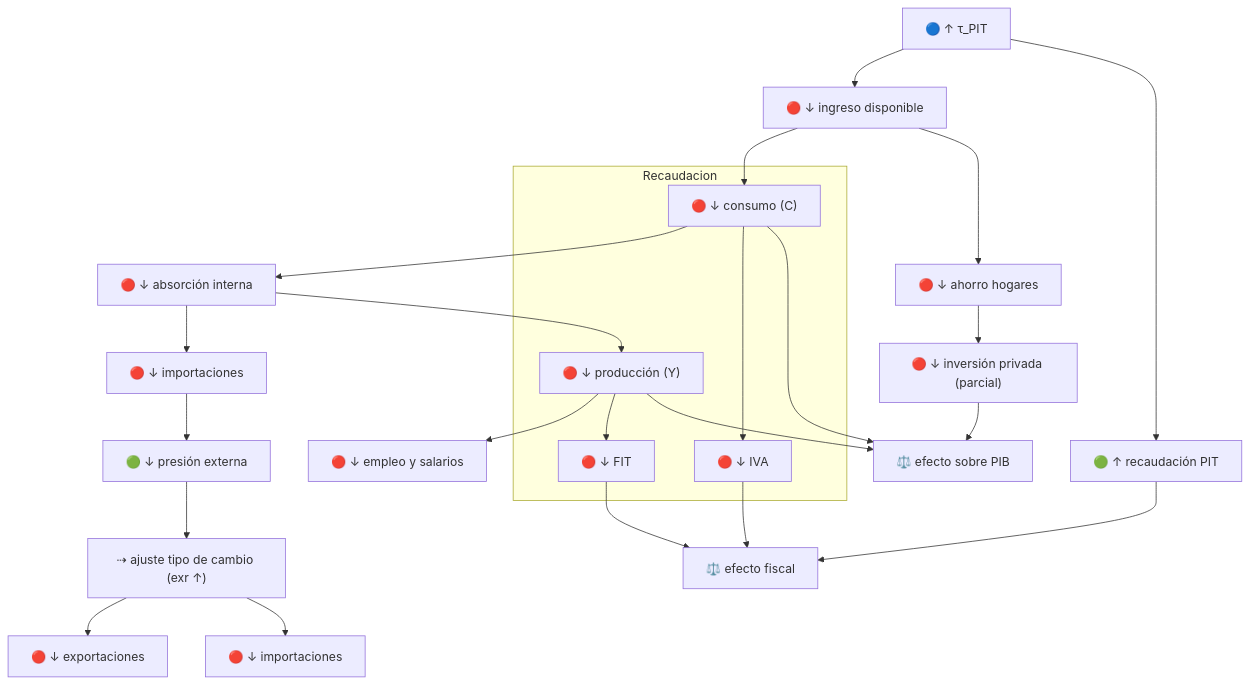
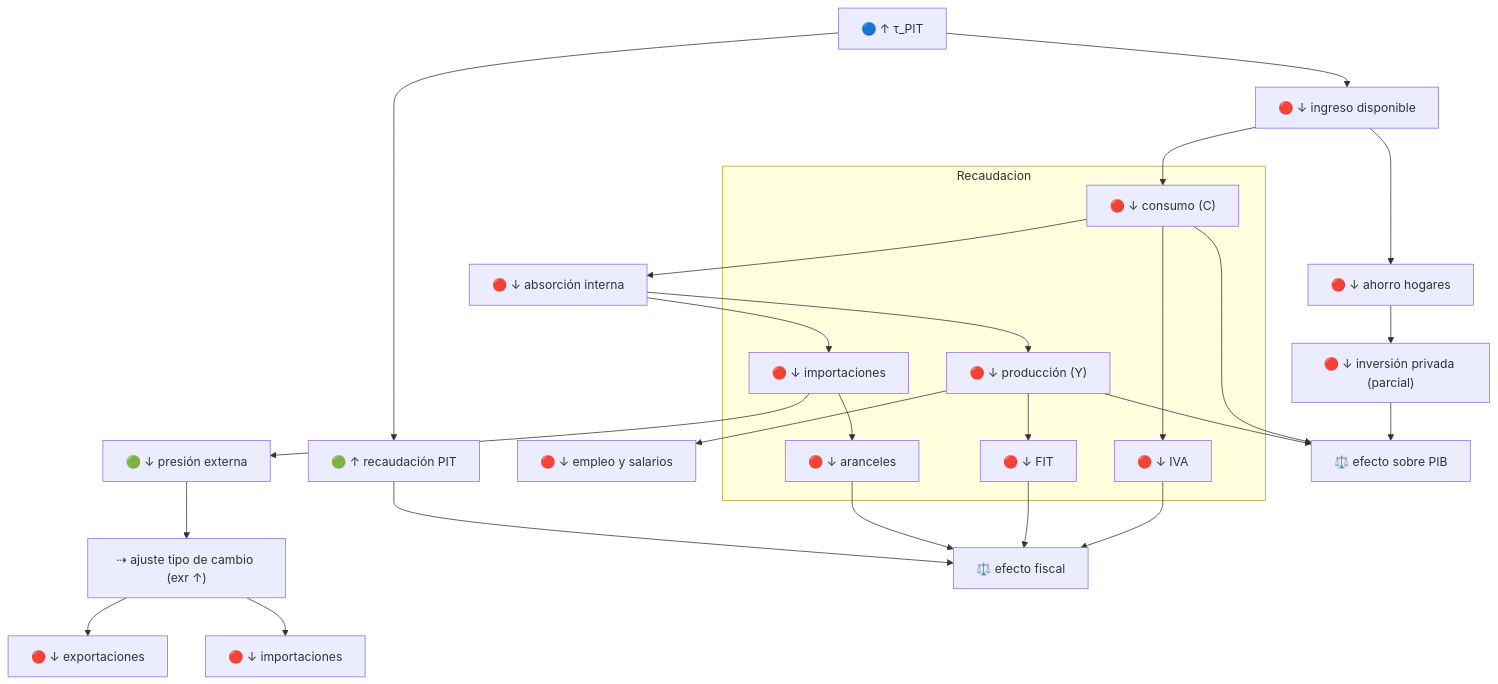
The third of 3 diagrams in documentacion/esquema_trans.md (fcohenriquez/eq_general), drawn with Mermaid before and after one commit. The commit also changed 4 other files, not shown here.

````diff
--- a/documentacion/esquema_trans.md
+++ b/documentacion/esquema_trans.md
@@ -88,33 +88,35 @@
 ```mermaid
 flowchart TD
     A["🔵 ↑ τ_PIT"]
 
     A --> B["🔴 ↓ ingreso disponible"]
     B --> C["🔴 ↓ consumo (C)"]
 
     A --> D["🟢 ↑ recaudación PIT"]
 
     C --> E["🔴 ↓ absorción interna"]
     E --> F["🔴 ↓ producción (Y)"]
     F --> G["🔴 ↓ empleo y salarios"]
 
     B --> H["🔴 ↓ ahorro hogares"]
     H --> I["🔴 ↓ inversión privada (parcial)"]
 
     E --> M["🔴 ↓ importaciones"]
 
     M --> N["🟢 ↓ presión externa"]
     N --> TC["⇢ ajuste tipo de cambio (exr ↑)"]
 
     TC --> X["🔴 ↓ exportaciones"]
     TC --> M2["🔴 ↓ importaciones"]
 
     subgraph Recaudacion
         C --> T_IVA["🔴 ↓ IVA"]
         F --> T_FIT["🔴 ↓ FIT"]
+        M--> T_TAR["🔴 ↓ aranceles"]
+
     end
 
-    T_IVA & T_FIT & D --> R1["⚖️ efecto fiscal"]
+    T_IVA & T_FIT & T_TAR & D --> R1["⚖️ efecto fiscal"]
 
     C & F & I --> R["⚖️ efecto sobre PIB"]
 ```
````
